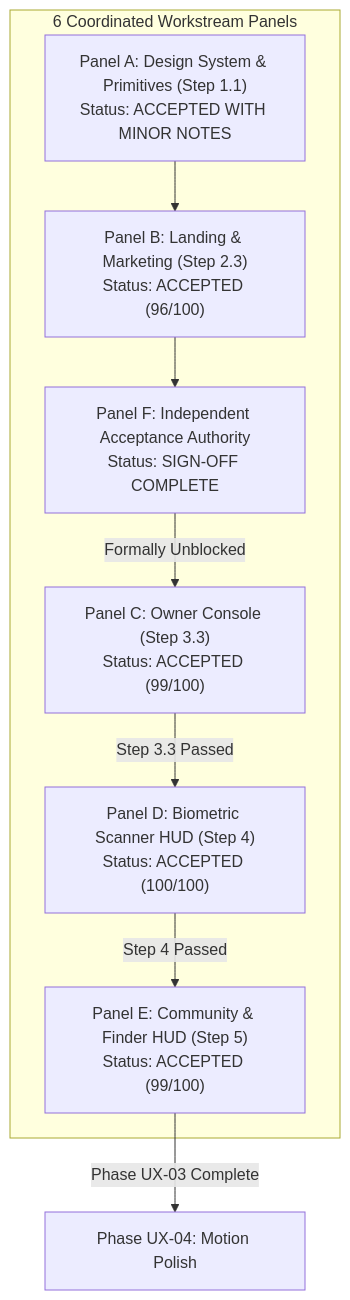
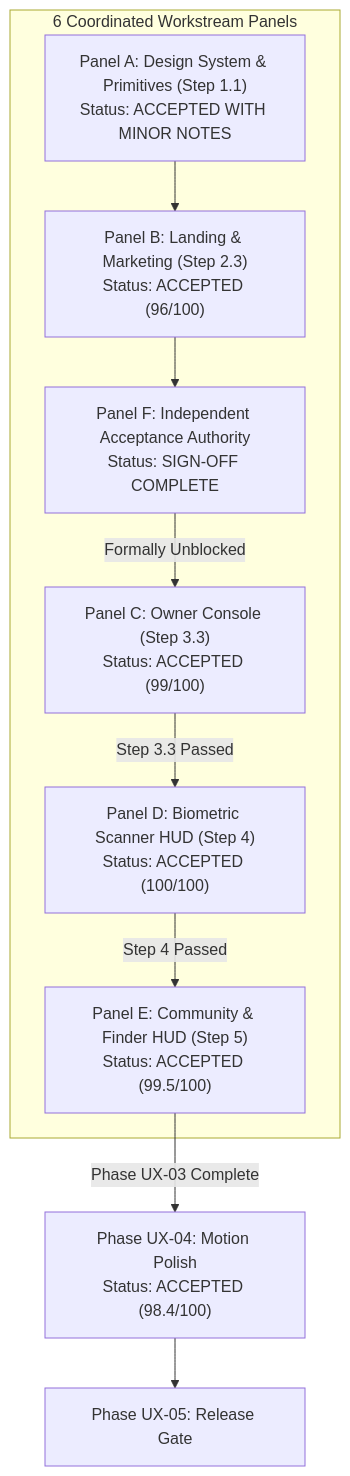
Before and after one commit to jimfleax/safepaws_sih: the second of 2 diagrams in docs/UI_UX_TRANSFORMATION_TRACKER.md, drawn with Mermaid. The commit also changed other lines of this file and 2 other files, not shown here.

````diff
--- a/docs/UI_UX_TRANSFORMATION_TRACKER.md
+++ b/docs/UI_UX_TRANSFORMATION_TRACKER.md
@@ -80,17 +81,18 @@
 ```mermaid
 flowchart TD
     subgraph SixPanels["6 Coordinated Workstream Panels"]
         PA["Panel A: Design System & Primitives (Step 1.1)\nStatus: ACCEPTED WITH MINOR NOTES"]
         PB["Panel B: Landing & Marketing (Step 2.3)\nStatus: ACCEPTED (96/100)"]
         PF["Panel F: Independent Acceptance Authority\nStatus: SIGN-OFF COMPLETE"]
         PC["Panel C: Owner Console (Step 3.3)\nStatus: ACCEPTED (99/100)"]
         PD["Panel D: Biometric Scanner HUD (Step 4)\nStatus: ACCEPTED (100/100)"]
-        PE["Panel E: Community & Finder HUD (Step 5)\nStatus: ACCEPTED (99/100)"]
+        PE["Panel E: Community & Finder HUD (Step 5)\nStatus: ACCEPTED (99.5/100)"]
     end
     PA --> PB
     PB --> PF
     PF -->|Formally Unblocked| PC
     PC -->|Step 3.3 Passed| PD
     PD -->|Step 4 Passed| PE
-    PE -->|Phase UX-03 Complete| P4M["Phase UX-04: Motion Polish"]
+    PE -->|Phase UX-03 Complete| P4M["Phase UX-04: Motion Polish\nStatus: ACCEPTED (98.4/100)"]
+    P4M --> P5G["Phase UX-05: Release Gate"]
 ```
````
